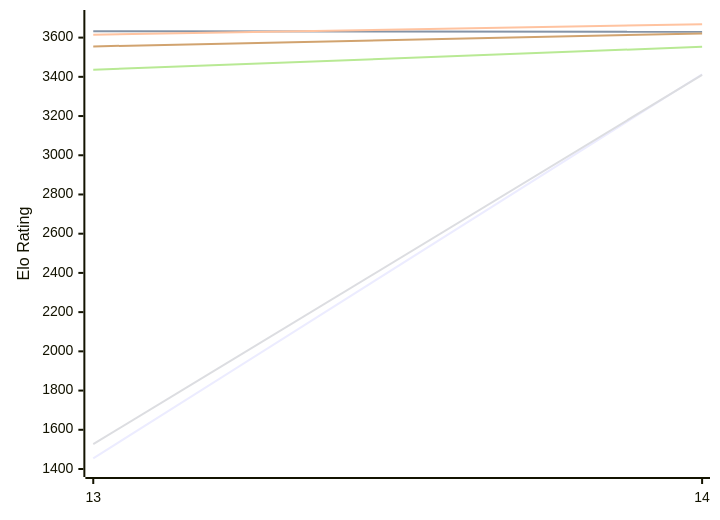
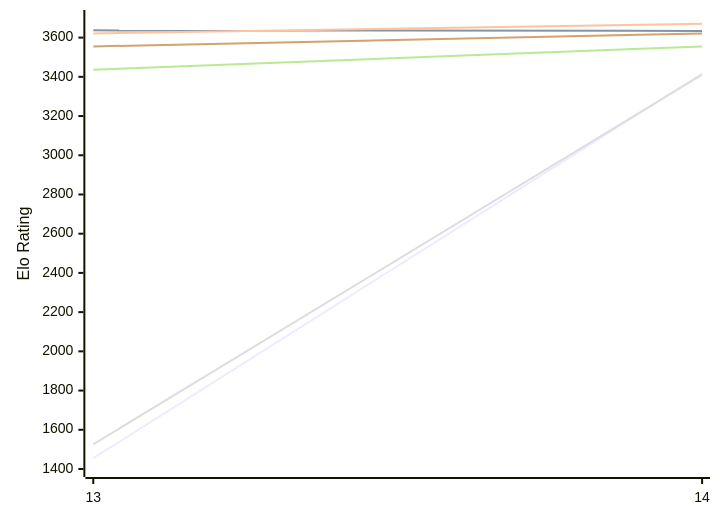
One commit to computer-chess-index/cci changed the first of 2 diagrams in engines/Berserk.md. Above: the diagram before and after it, drawn with Mermaid. The commit also changed other lines of this file, not shown here.

Commit message:
Update CCI Ratings (ELO VLTC) - 2026-11-22

````diff
--- a/engines/Berserk.md
+++ b/engines/Berserk.md
@@ -50,12 +50,12 @@
 ```mermaid
 %%{init: {"theme":"base","themeVariables":{"seriesColors:['#a3a3a3','#222221','#faa371']}}}%%
 xychart-beta
   x-axis ["13", "14"]
   y-axis "Elo Rating" 1400 --> 3700
-  line "E1: STC (8.0+0.08s)" [1454, 3413]
-  line "E1: LTC (60.0+0.60s)" [3633, 3630]
-  line "E1: VLTC (2m24s+1.12s)" [3615, 3668]
-  line "P1: STC (8.0+0.08s)" [1527, 3410]
-  line "P1: LTC (60.0+0.60s)" [3436, 3553]
+  line "E1: STC (8.0+0.08s)" [1455, 3416]
+  line "E1: LTC (60.0+0.60s)" [3637, 3634]
+  line "E1: VLTC (2m24s+1.12s)" [3621, 3671]
+  line "P1: STC (8.0+0.08s)" [1526, 3411]
+  line "P1: LTC (60.0+0.60s)" [3436, 3555]
   line "P1: VLTC (2m24s+1.12s)" [3555, 3621]
 ```
````
